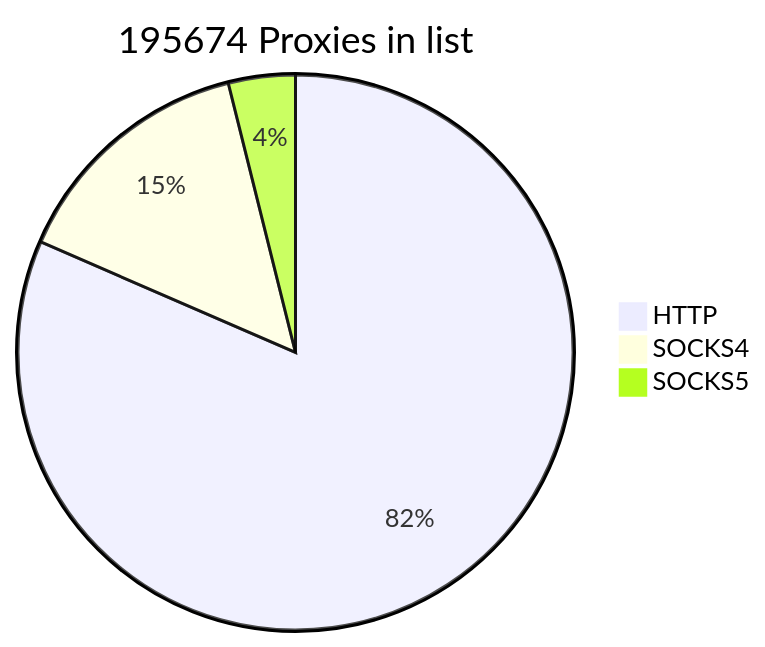
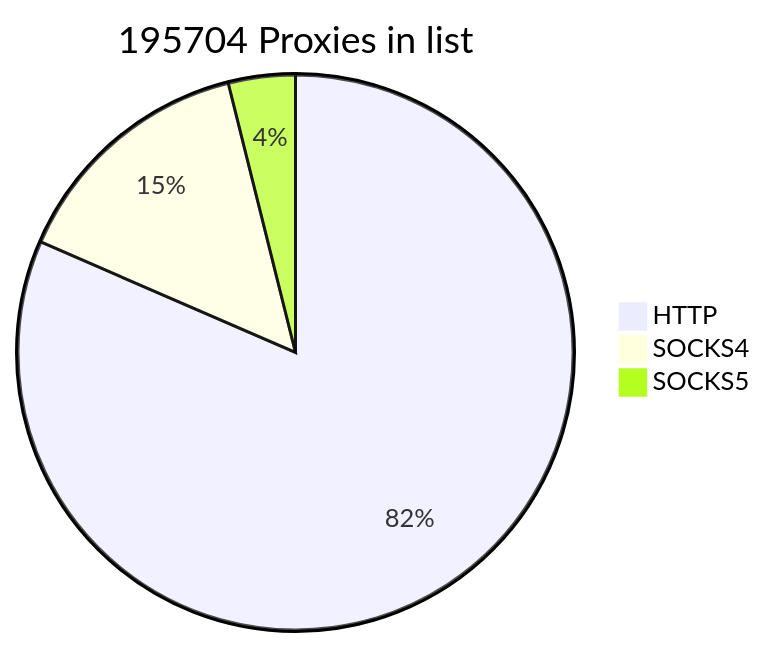
The first of 2 diagrams in README.md (cutipu/proxylist), drawn with Mermaid before and after one commit. The commit also changed other lines of this file, not shown here.

````diff
--- a/README.md
+++ b/README.md
@@ -2,7 +2,7 @@
 ```mermaid
-pie title 195674 Proxies in list
-    "HTTP" : 159516
-    "SOCKS4" : 28544
-    "SOCKS5" : 7614
+pie title 195704 Proxies in list
+    "HTTP" : 159536
+    "SOCKS4" : 28551
+    "SOCKS5" : 7617
             
 ```
````
